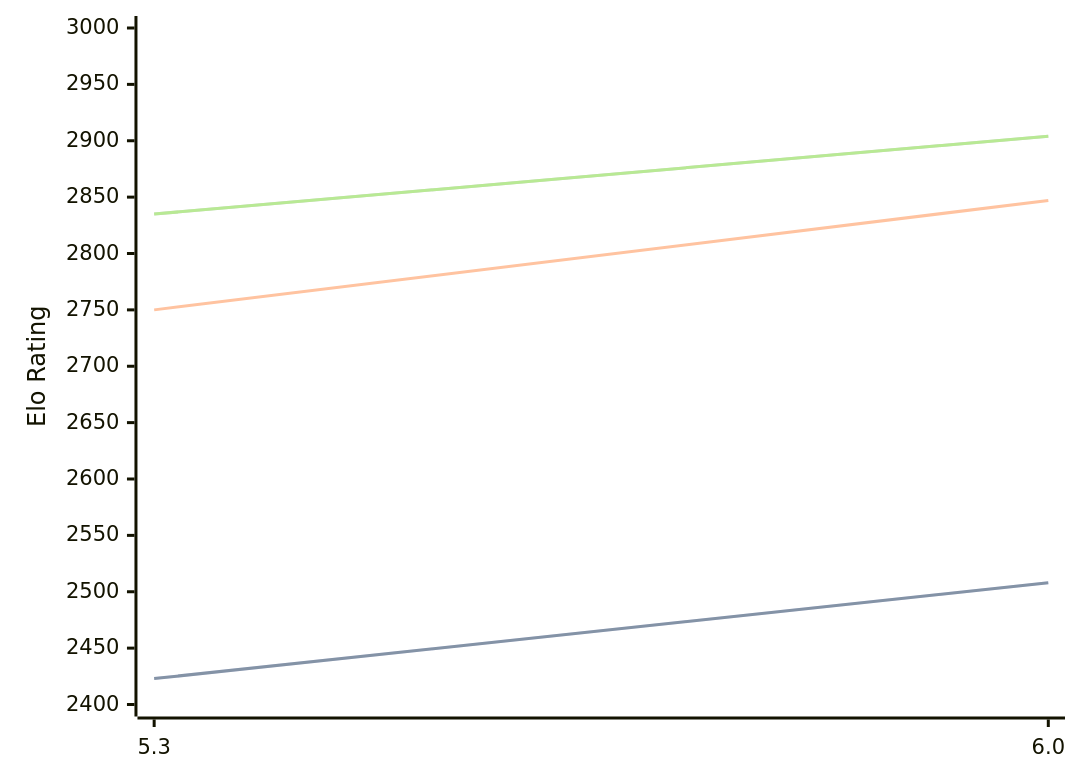
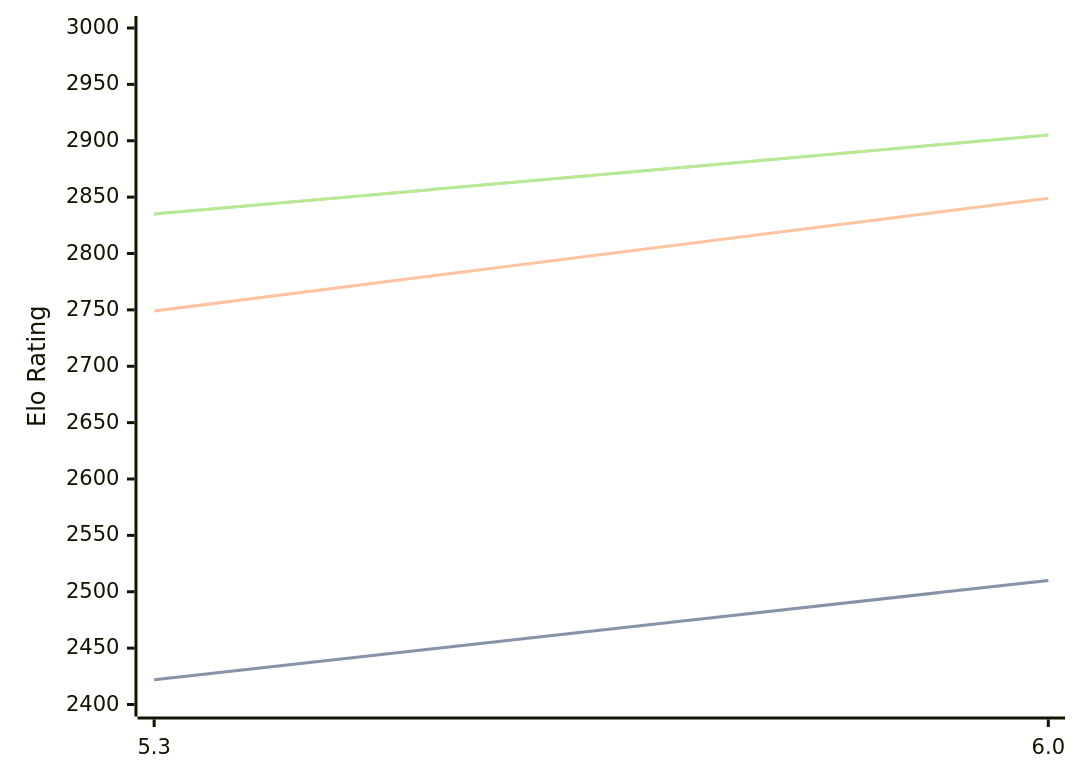
The diagram in engines/tomitankChess.md (computer-chess-index/cci), drawn with Mermaid before and after one commit. The commit also changed other lines of this file, not shown here.

Commit message:
Update CCI Ratings (ELO VLTC) - 2026-04-06

````diff
--- a/engines/tomitankChess.md
+++ b/engines/tomitankChess.md
@@ -40,11 +40,11 @@
 ```mermaid
 %%{init: {"theme":"base","themeVariables":{"seriesColors:['#a3a3a3','#222221','#faa371']}}}%%
 xychart-beta
   x-axis ["5.3", "6.0"]
   y-axis "Elo Rating" 2400 --> 3000
-  line "STC (8.0+0.08s)" [2423, 2508]
-  line "STC (8.0+0.08s)" [2423, 2508]
-  line "LTC (60.0+0.60s)" [2750, 2847]
-  line "VLTC (2m24s+1.12s)" [2835, 2904]
-  line "VLTC (2m24s+1.12s)" [2835, 2904]
+  line "STC (8.0+0.08s)" [2422, 2510]
+  line "STC (8.0+0.08s)" [2422, 2510]
+  line "LTC (60.0+0.60s)" [2749, 2849]
+  line "VLTC (2m24s+1.12s)" [2835, 2905]
+  line "VLTC (2m24s+1.12s)" [2835, 2905]
 ```
````
